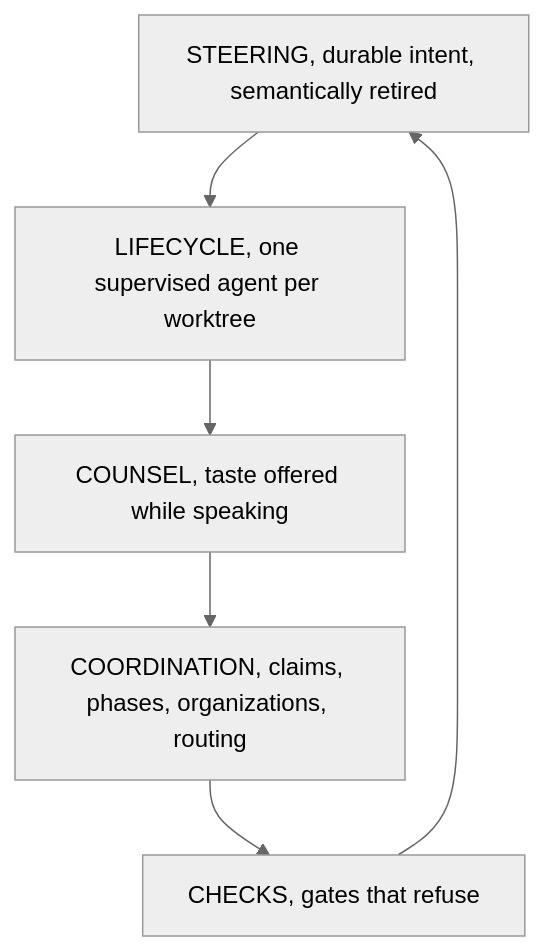
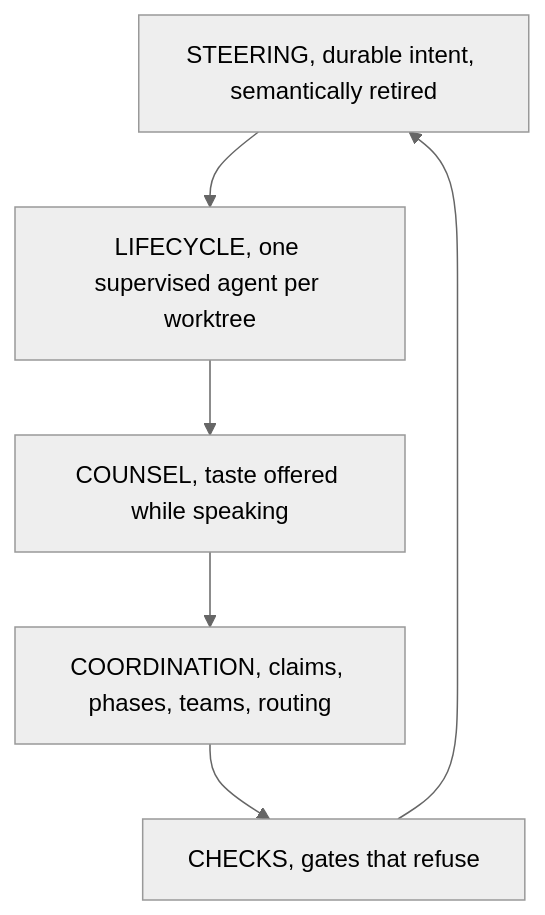
Before and after one commit to infimalabs/spice-rust: the first of 9 diagrams in docs/product/model/domain.md, drawn with Mermaid (neutral theme). The commit also changed other lines of this file and 235 other files, not shown here.

````diff
--- a/docs/product/model/domain.md
+++ b/docs/product/model/domain.md
@@ -17,8 +17,8 @@
 ```mermaid
 flowchart TD
   S["STEERING, durable intent, semantically retired"] --> L["LIFECYCLE, one supervised agent per worktree"]
   L --> C["COUNSEL, taste offered while speaking"]
-  C --> O["COORDINATION, claims, phases, organizations, routing"]
+  C --> O["COORDINATION, claims, phases, teams, routing"]
   O --> K["CHECKS, gates that refuse"]
   K --> S
 ```
````
